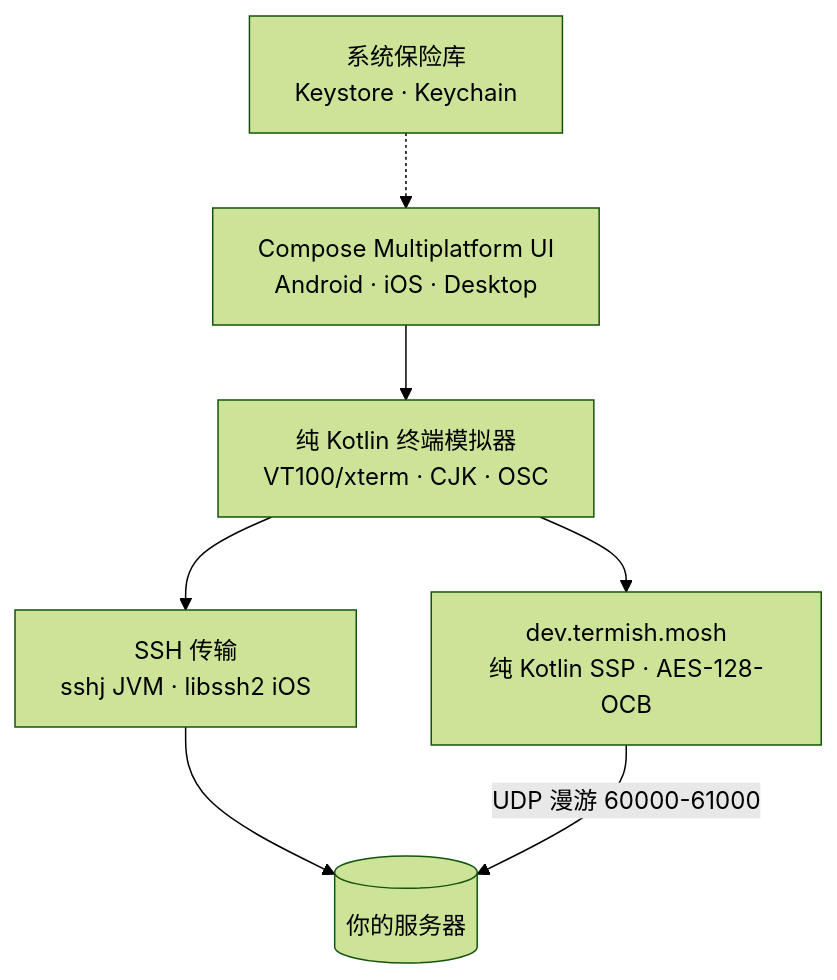
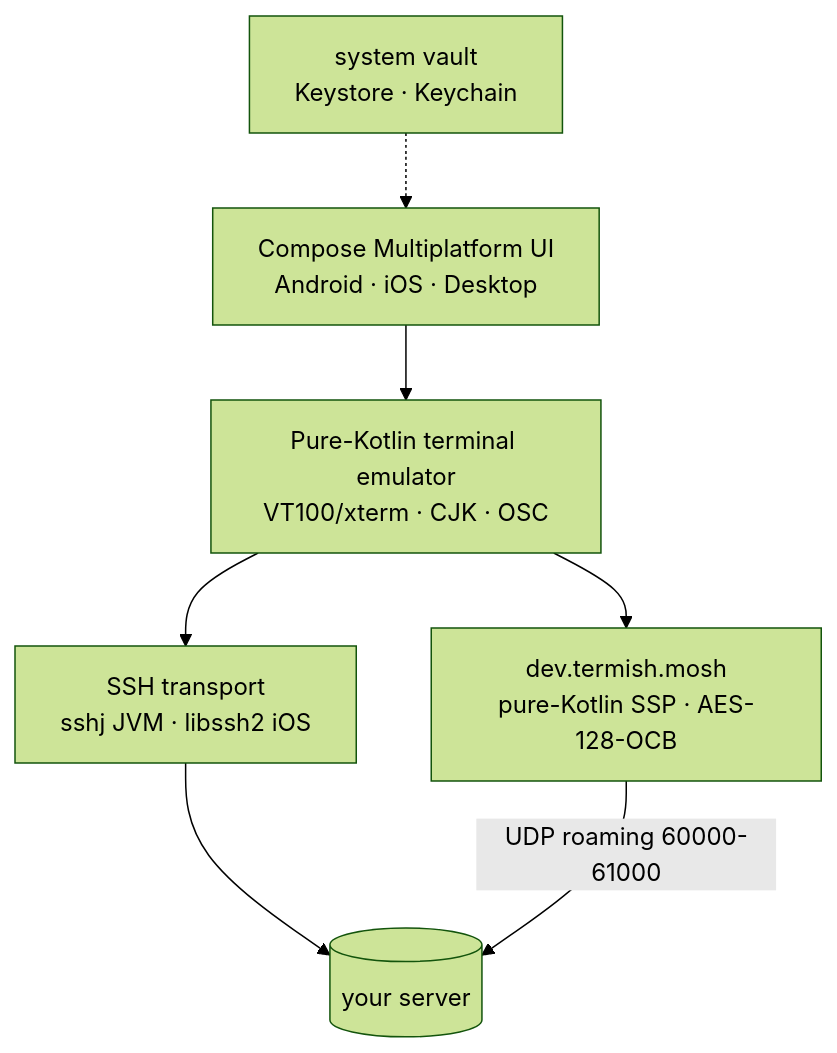
The diagram in README.md (farlume/termish), drawn with Mermaid (forest theme) before and after one commit.

Commit message:
docs(readme): 英文版架构图节点标签串中文——从中文版复制后未翻译
开源后英文访客是主要受众，图内标签随正文语言走；
中文版 README.zh-CN.md 保持中文不动

````diff
--- a/README.md
+++ b/README.md
@@ -105,9 +105,9 @@
 ```mermaid
 flowchart TB
-    UI[Compose Multiplatform UI<br/>Android · iOS · Desktop] --> TERM[纯 Kotlin 终端模拟器<br/>VT100/xterm · CJK · OSC]
-    TERM --> SSH[SSH 传输<br/>sshj JVM · libssh2 iOS]
-    TERM --> MOSH[dev.termish.mosh<br/>纯 Kotlin SSP · AES-128-OCB]
-    SSH --> SRV[(你的服务器)]
-    MOSH -->|UDP 漫游 60000-61000| SRV
-    SEC[系统保险库<br/>Keystore · Keychain] -.-> UI
+    UI[Compose Multiplatform UI<br/>Android · iOS · Desktop] --> TERM[Pure-Kotlin terminal emulator<br/>VT100/xterm · CJK · OSC]
+    TERM --> SSH[SSH transport<br/>sshj JVM · libssh2 iOS]
+    TERM --> MOSH[dev.termish.mosh<br/>pure-Kotlin SSP · AES-128-OCB]
+    SSH --> SRV[(your server)]
+    MOSH -->|UDP roaming 60000-61000| SRV
+    SEC[system vault<br/>Keystore · Keychain] -.-> UI
 ```
````
